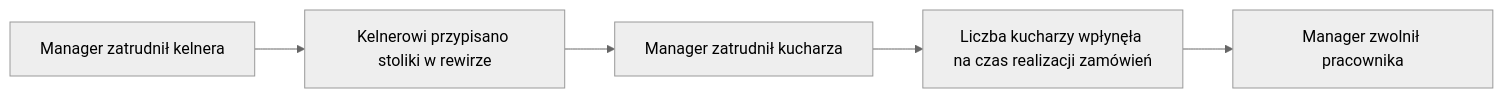
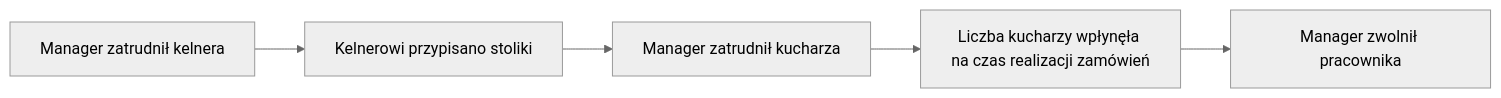
One commit to mmalessa/pizzeria changed the seventh of 10 diagrams in doc/110_big_picture.md. Above: the diagram before and after it, drawn with Mermaid (neutral theme). The commit also changed other lines of this file and 5 other files, not shown here.

````diff
--- a/doc/110_big_picture.md
+++ b/doc/110_big_picture.md
@@ -139,9 +139,9 @@
 ```mermaid
 flowchart LR
 
 A[Manager zatrudnił kelnera]
---> B[Kelnerowi przypisano stoliki w rewirze]
+--> B[Kelnerowi przypisano stoliki]
 --> C[Manager zatrudnił kucharza]
 --> D[Liczba kucharzy wpłynęła na czas realizacji zamówień]
 --> E[Manager zwolnił pracownika]
 ```
````
